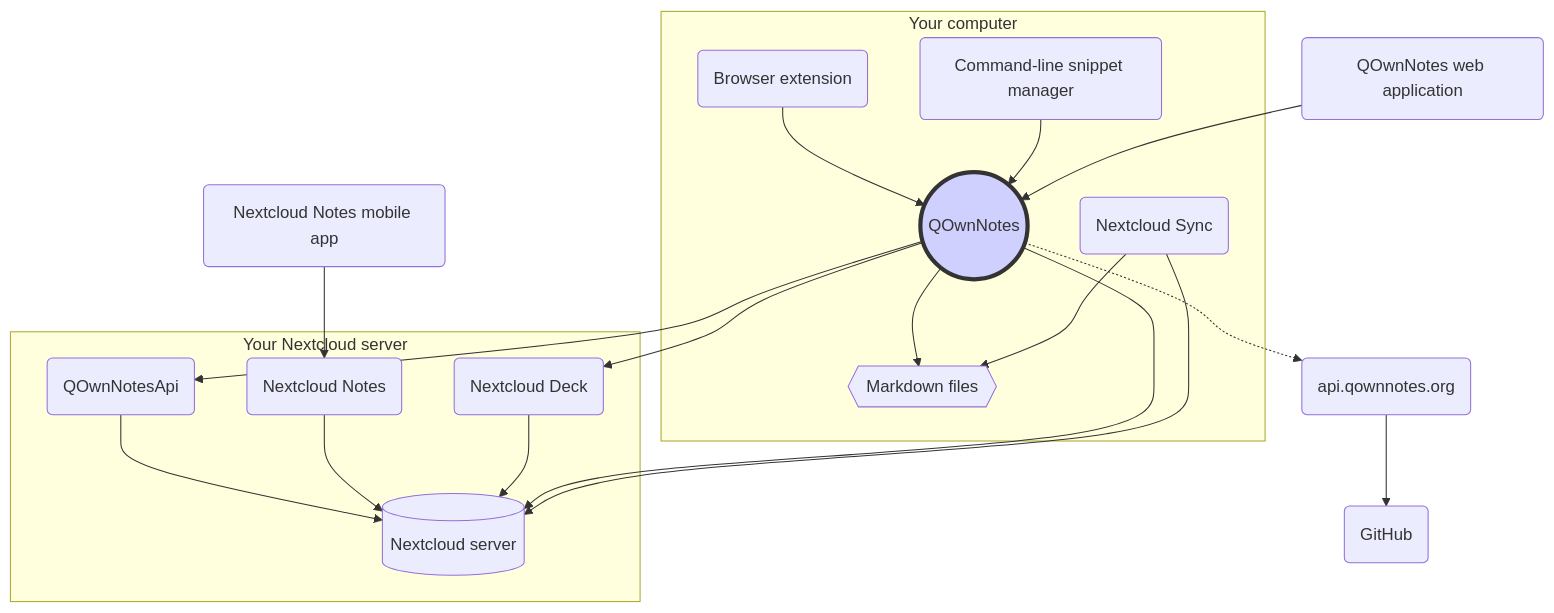
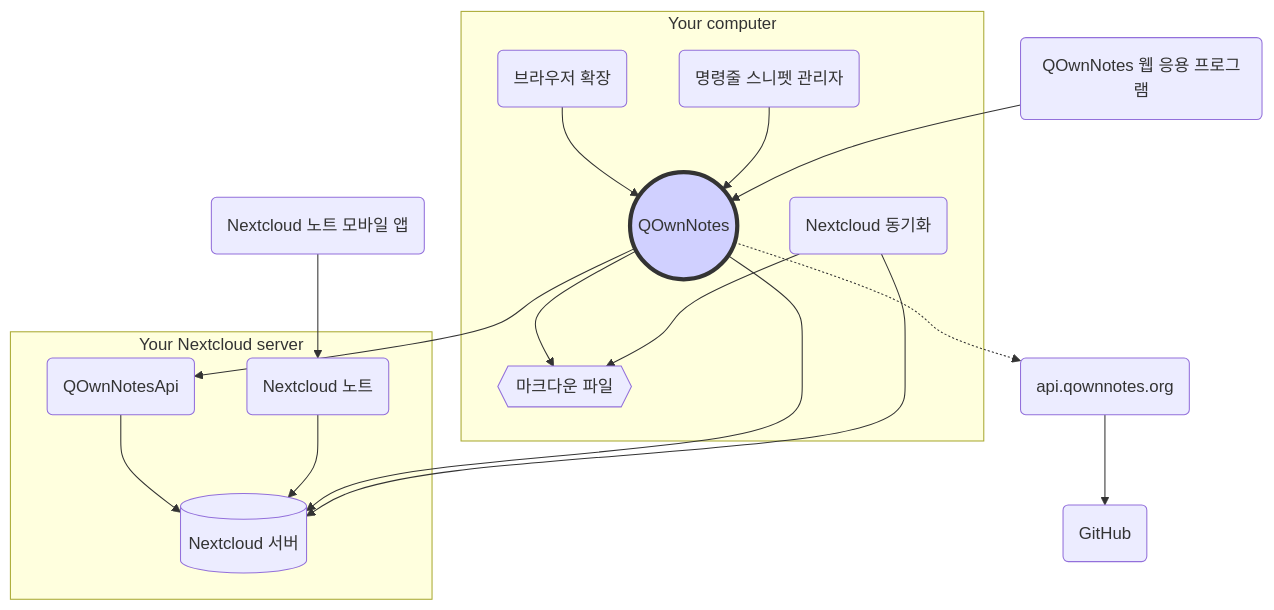
One commit to pbek/QOwnNotes changed the diagram in webpage/src/ko/getting-started/concept.md. Above: the diagram before and after it, drawn with Mermaid. The commit also changed other lines of this file and 143 other files, not shown here.

````diff
--- a/webpage/src/ko/getting-started/concept.md
+++ b/webpage/src/ko/getting-started/concept.md
@@ -13,37 +13,34 @@
 ```mermaid
 graph TB
     subgraph Your computer
-        qon((QOwnNotes))-->md{{"Markdown files"}}
-        sync("Nextcloud Sync")-->md
-        qon-comp("Browser extension")-->qon
-        qc("Command-line snippet manager")-->qon
+        qon((QOwnNotes))-->md{{"마크다운 파일"}}
+        sync("Nextcloud 동기화")-->md
+        qon-comp("브라우저 확장")-->qon
+        qc("명령줄 스니펫 관리자")-->qon
     end
     subgraph Your Nextcloud server
-        qon-api("QOwnNotesApi")-->ncs[("Nextcloud server")]
-        nc-notes-app("Nextcloud Notes")-->ncs
-        nc-deck-app("Nextcloud Deck")-->ncs
+        qon-api("QOwnNotesApi")-->ncs[("Nextcloud 서버")]
+        nc-notes-app("Nextcloud 노트")-->ncs
     end
 
-    nc-notes-mob("Nextcloud Notes mobile app")-->nc-notes-app
-    qon-web-app("QOwnNotes web application")-->qon
+    nc-notes-mob("Nextcloud 노트 모바일 앱")-->nc-notes-app
+    qon-web-app("QOwnNotes 웹 응용 프로그램")-->qon
     qon-->qon-api
     qon-->ncs
-    qon-->nc-deck-app
     sync-->ncs
     qon-.->qon-web-api("api.qownnotes.org")
     qon-web-api-->github("GitHub")
 
     style qon fill:#d0d0ff,stroke:#333,stroke-width:4px
     click qon "/getting-started/concept.html#qownnotes" "데스크톱 컴퓨터에서 노트를 관리하기 위한 QOwnNotes 데스크톱 응용 프로그램"
     click md "/getting-started/concept.html#markdown-note-files" "노트 폴더의 마크다운, 미디어 및 첨부 파일"
     click qon-comp "/getting-started/concept.html#qownnotes-browser-extension" "마크다운 파일 및 웹 클리퍼로 책갈피를 관리하기 위한 QOwnNotes 브라우저 확장명"
     click qc "/getting-started/concept.html#qownnotes-command-line-snippet-manager" "QOwnNotes 명령줄 스니펫 관리자"
-    click sync "/getting-started/concept.html#nextcloud-desktop-sync-client" "노트를 서버에 동기화하는 Nextcloud 데스크톱 동기화 클라이언트"
-    click ncs "/getting-started/concept.html#nextcloud-server" "노트 및 기타 파일을 호스팅할 Nextcloud 서버"
-    click qon-api "/getting-started/concept.html#qownnotesapi-nextcloud-app" "QOwnNotes서버 측 휴지통 및 노트 버전에 액세스할 수 있는 QOwnNotesAPI Nextcloud 앱"
-    click nc-notes-app "/getting-started/concept.html#nextcloud-notes-server-app" "웹에서 노트를 관리할 수 있는 Nextcloud 노트 서버 앱"
+    click sync "/getting-started/concept.html#nextcloud-desktop-sync-client" "노트를 서버와 동기화하는 Nextcloud 데스크톱 동기화 클라이언트"
+    click ncs "/getting-started/concept.html#nextcloud-server" "Nextcloud server to host your notes and other files"
+    click qon-api "/getting-started/concept.html#qownnotesapi-nextcloud-app" "서버 측 휴지통 및 노트 버전에 액세스하는 QOwnNotesAPI Nextcloud 앱"
+    click nc-notes-app "/getting-started/concept.html#nextcloud-notes-server-app" "웹에서 노트를 관리하는 Nextcloud 노트 서버 앱"
     click nc-notes-mob "/getting-started/concept.html#nextcloud-notes-mobile-app" "휴대 전화에서 노트를 관리하는 Nextcloud 노트 모바일 앱"
-    click nc-deck-app "/getting-started/concept.html#nextcloud-deck-server-app" "웹에서 주의사항 및 작업관리 목록을 관리하는 NextCloud 데크 서버 앱"
     click qon-web-app "/getting-started/concept.html#qownnotes-web-app" "휴대폰에서 사진을 보내는 QOwnNotes 웹 앱"
     click qon-web-api "/getting-started/concept.html#api-qownnotes-org"
 ```
````
